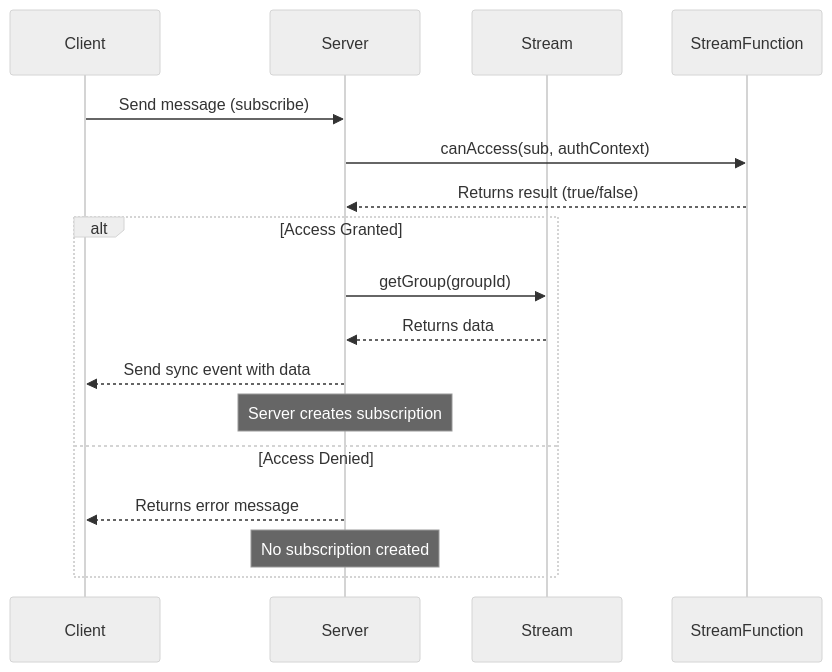
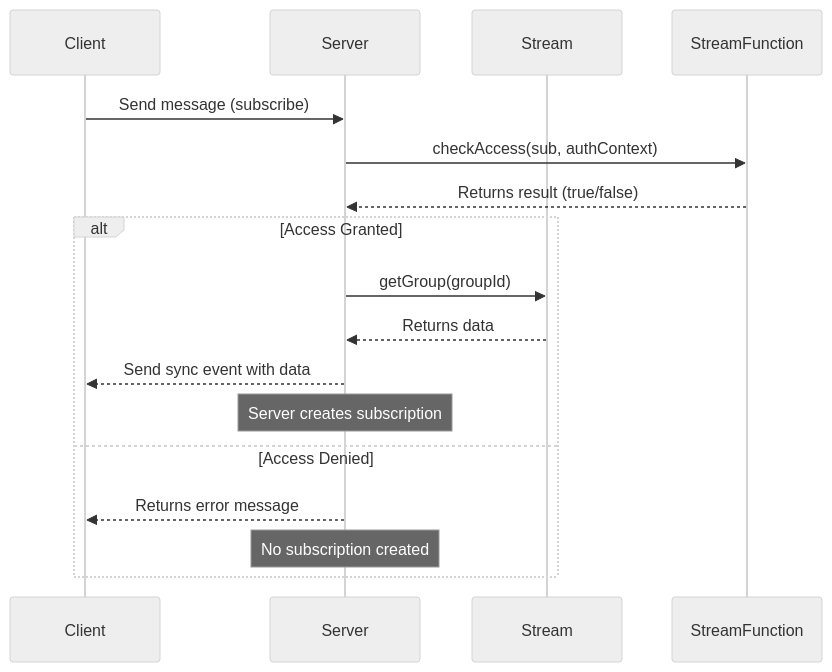
Before and after one commit to MotiaDev/motia: the second of 2 diagrams in contributors/rfc/2025-06-11-rbac-streams.md, drawn with Mermaid (neutral theme). The commit also changed other lines of this file and 997 other files, not shown here.

````diff
--- a/contributors/rfc/2025-06-11-rbac-streams.md
+++ b/contributors/rfc/2025-06-11-rbac-streams.md
@@ -157,19 +167,19 @@
 ```mermaid
 sequenceDiagram
     participant Client
     participant Server
     participant Stream
 
     Client->>Server: Send message (subscribe)
-    Server->>StreamFunction: canAccess(sub, authContext)
+    Server->>StreamFunction: checkAccess(sub, authContext)
     StreamFunction-->>Server: Returns result (true/false)
     alt Access Granted
         Server->>Stream: getGroup(groupId)
         Stream-->>Server: Returns data
         Server-->>Client: Send sync event with data
         Note over Server: Server creates subscription
     else Access Denied
         Server-->>Client: Returns error message
         Note over Server: No subscription created
     end
 ```
````
